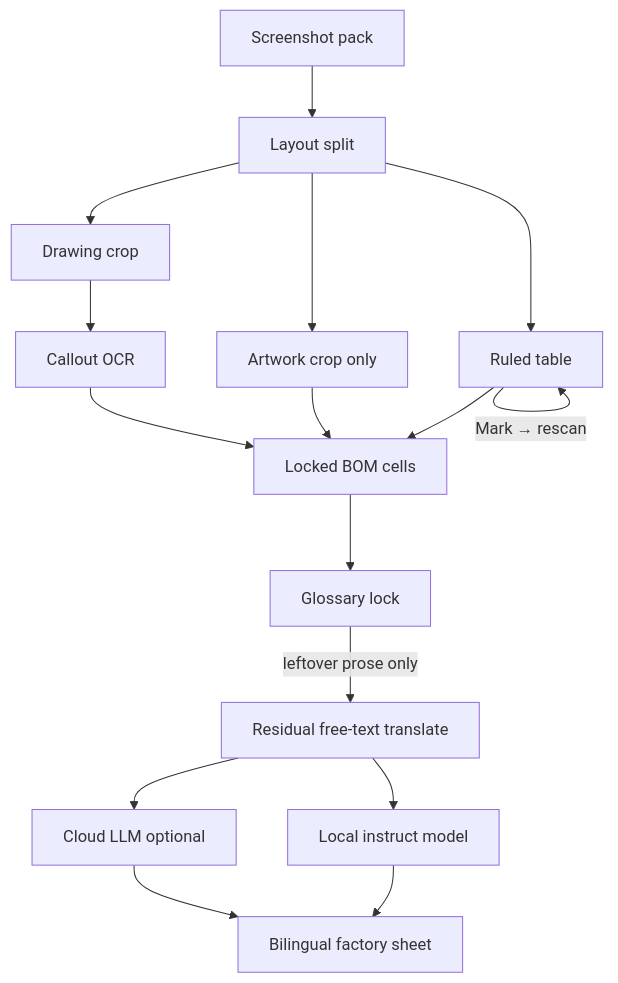
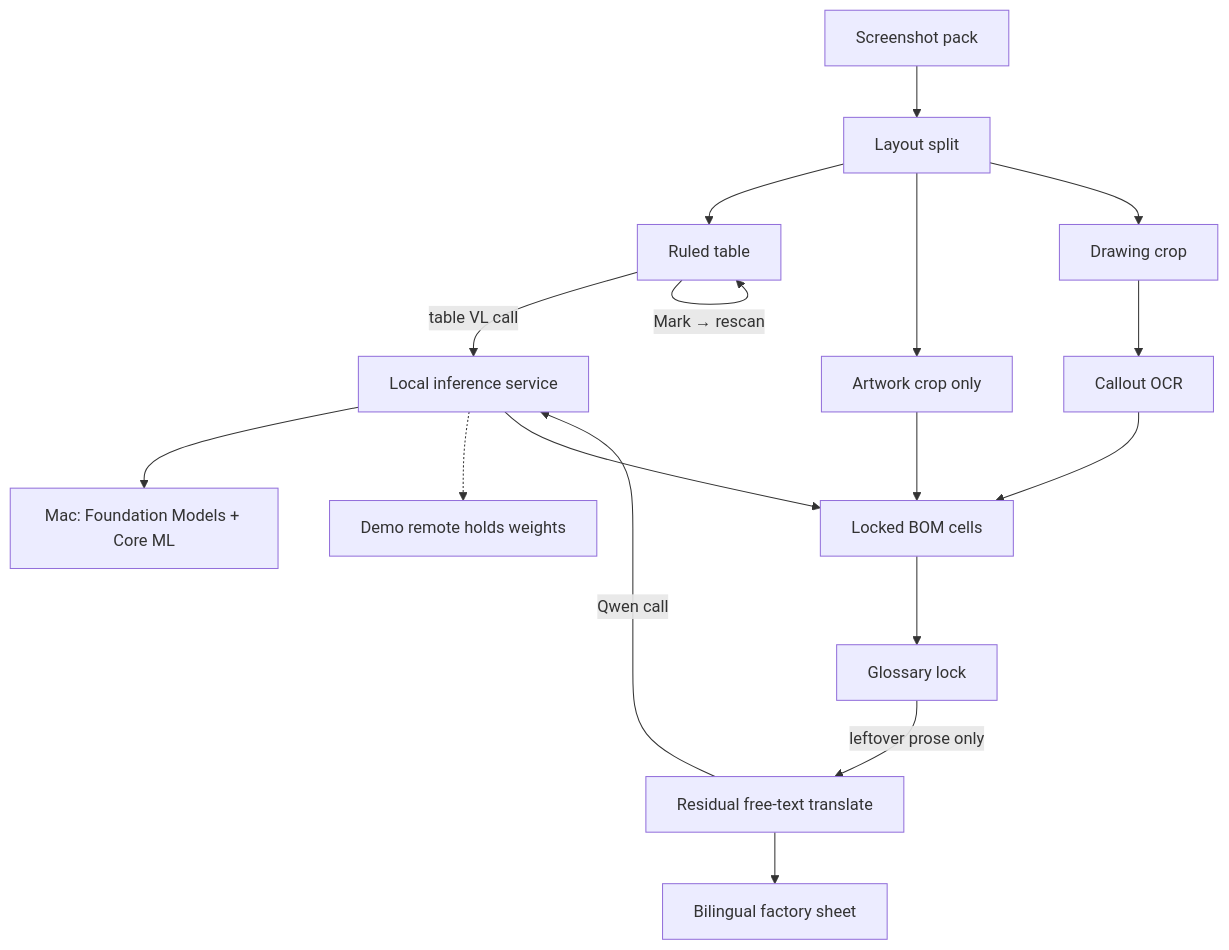
Before and after one commit to jiefengcheng/techpack-doc-pipeline: the diagram in ARCHITECTURE.md, drawn with Mermaid. The commit also changed other lines of this file and 1 other file, not shown here.

First line of the commit message:
Document the public demo and local inference call pattern.

````diff
--- a/ARCHITECTURE.md
+++ b/ARCHITECTURE.md
@@ -9,30 +9,32 @@
 ```mermaid
 flowchart TD
   pack[Screenshot pack]
   split[Layout split]
   ruled[Ruled table]
+  svc[Local inference service]
+  mac[Mac: Foundation Models + Core ML]
+  remote[Demo remote holds weights]
   art[Artwork crop only]
   draw[Drawing crop]
   calls[Callout OCR]
   cells[Locked BOM cells]
   gloss[Glossary lock]
   residual[Residual free-text translate]
-  local[Local instruct model]
-  cloud[Cloud LLM optional]
   bi[Bilingual factory sheet]
 
   pack --> split
   split --> ruled
   split --> art
   split --> draw
+  ruled -->|table VL call| svc
   ruled -->|Mark → rescan| ruled
-  ruled --> cells
+  svc --> mac
+  svc -.-> remote
+  svc --> cells
   art --> cells
   draw --> calls --> cells
   cells --> gloss
   gloss -->|leftover prose only| residual
-  residual --> local
-  residual --> cloud
-  local --> bi
-  cloud --> bi
+  residual -->|Qwen call| svc
+  residual --> bi
 ```
````
